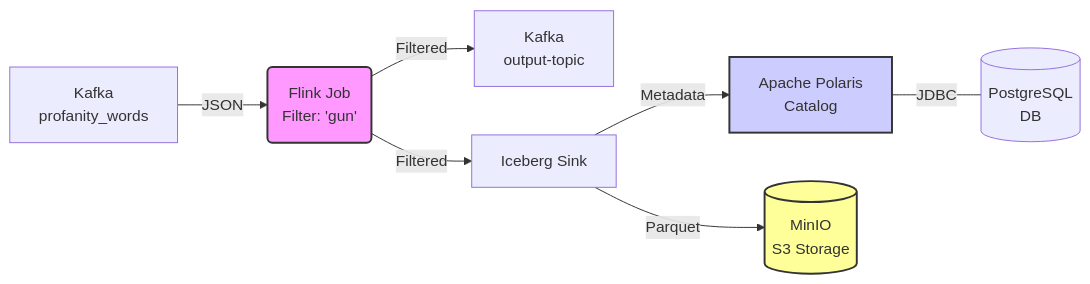
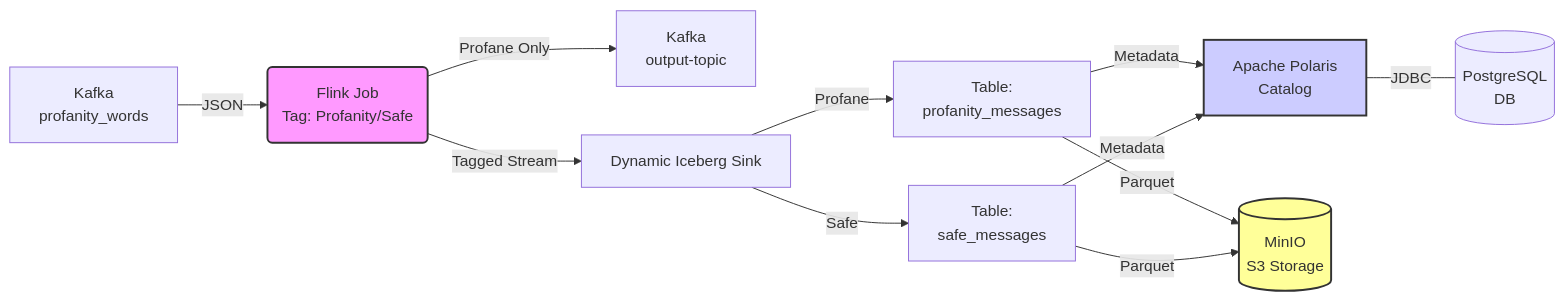
Before and after one commit to waqasdilawar/quickstart-flink: the diagram in README.md, drawn with Mermaid. The commit also changed other lines of this file, not shown here.

Commit message:
Enhanced README to include dynamic message routing details, updated architecture diagram with routing logic, and added information on message tagging with `profanity_type`.

````diff
--- a/README.md
+++ b/README.md
@@ -23,26 +23,31 @@
 ```mermaid
 graph LR
     %% Nodes
     K1[Kafka\nprofanity_words]
-    Job(Flink Job\nFilter: 'gun')
+    Job(Flink Job\nTag: Profanity/Safe)
     K2[Kafka\noutput-topic]
-    Sink[Iceberg Sink]
+    Sink[Dynamic Iceberg Sink]
     Polaris[Apache Polaris\nCatalog]
     MinIO[(MinIO\nS3 Storage)]
     Postgres[(PostgreSQL\nDB)]
 
     %% Flow
     K1 -->|JSON| Job
-    Job -->|Filtered| K2
-    Job -->|Filtered| Sink
+    Job -->|Profane Only| K2
+    Job -->|Tagged Stream| Sink
     
-    Sink -- Metadata --> Polaris
-    Sink -- Parquet --> MinIO
+    Sink -->|Profane| T1[Table:\nprofanity_messages]
+    Sink -->|Safe| T2[Table:\nsafe_messages]
+    
+    T1 -- Metadata --> Polaris
+    T2 -- Metadata --> Polaris
+    T1 -- Parquet --> MinIO
+    T2 -- Parquet --> MinIO
     
     Polaris ---|JDBC| Postgres
 
     %% Styling
     style Job fill:#f9f,stroke:#333,stroke-width:2px
     style Polaris fill:#ccf,stroke:#333,stroke-width:2px
     style MinIO fill:#ff9,stroke:#333,stroke-width:2px
 ```
````
